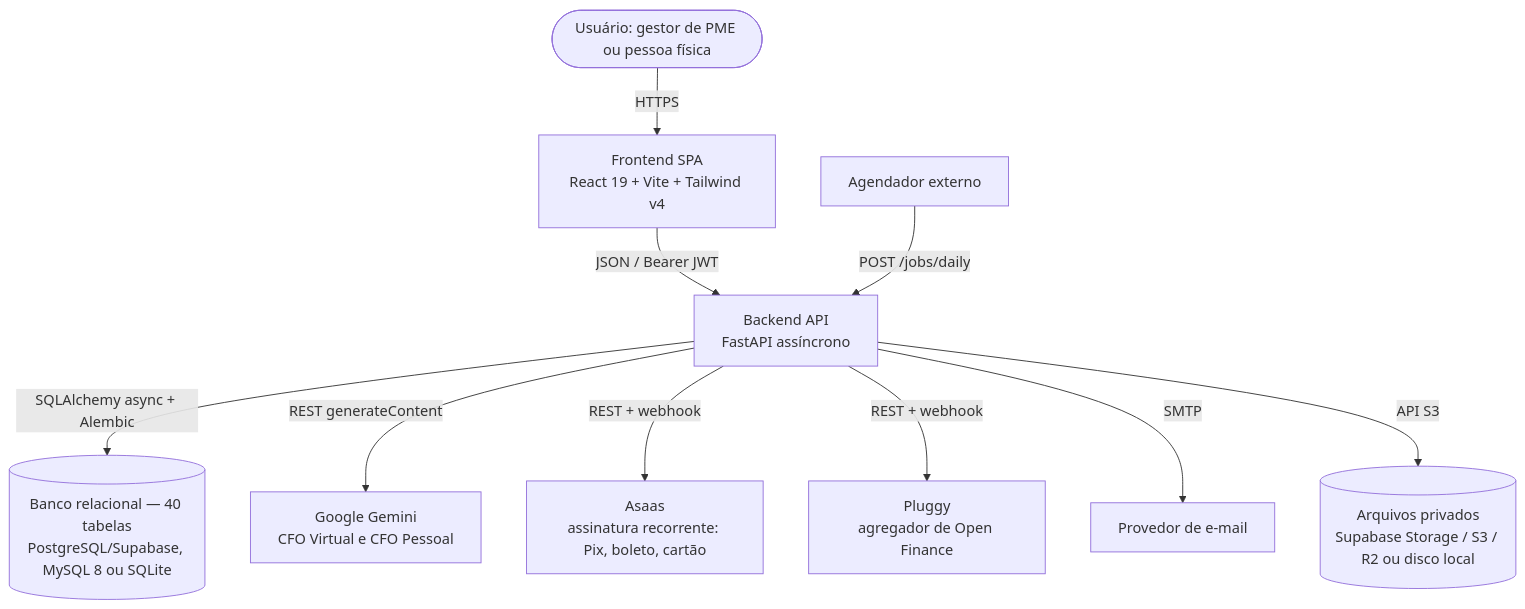
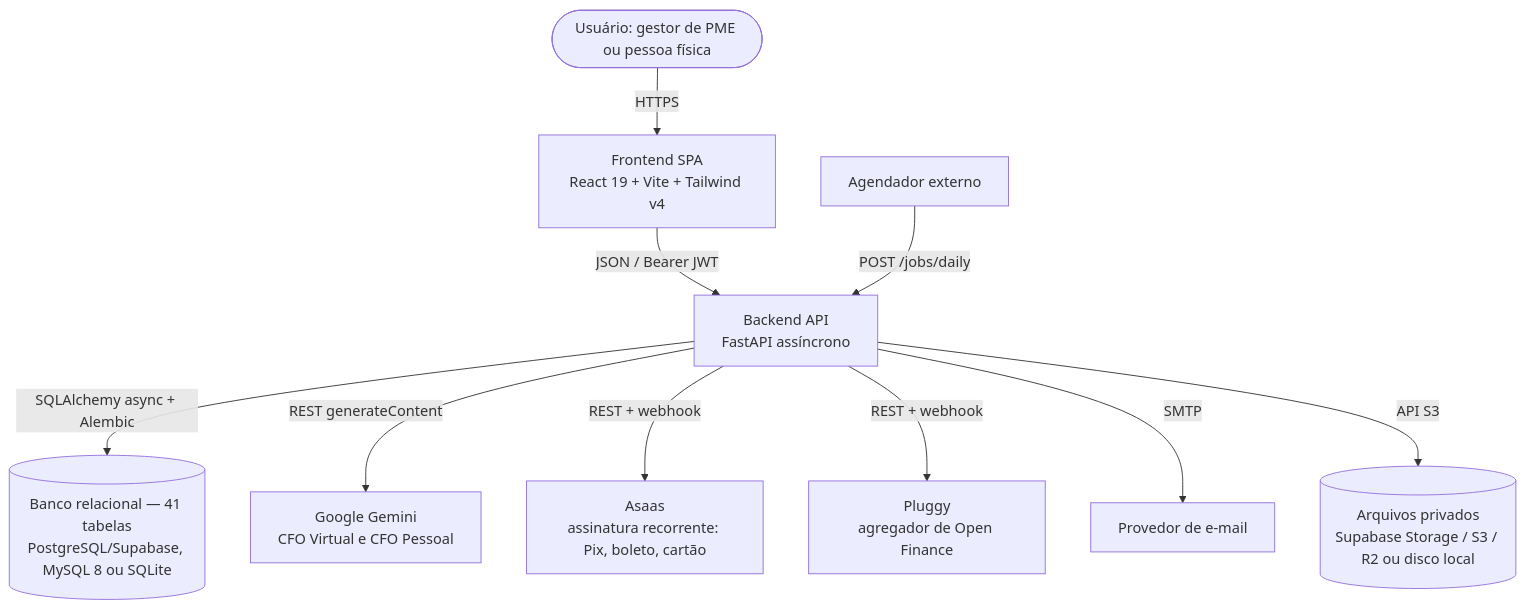
One commit to C-Bucher/Teste changed the first of 2 diagrams in docs/arquitetura.md. Above: the diagram before and after it, drawn with Mermaid. The commit also changed other lines of this file and 37 other files, not shown here.

````diff
--- a/docs/arquitetura.md
+++ b/docs/arquitetura.md
@@ -13,13 +13,13 @@
 ```mermaid
 graph TD
     User([Usuário: gestor de PME ou pessoa física]) -->|HTTPS| Frontend[Frontend SPA\nReact 19 + Vite + Tailwind v4]
     Frontend -->|JSON / Bearer JWT| Backend[Backend API\nFastAPI assíncrono]
 
-    Backend -->|SQLAlchemy async + Alembic| DB[(Banco relacional — 40 tabelas\nPostgreSQL/Supabase, MySQL 8 ou SQLite)]
+    Backend -->|SQLAlchemy async + Alembic| DB[(Banco relacional — 41 tabelas\nPostgreSQL/Supabase, MySQL 8 ou SQLite)]
     Backend -->|REST generateContent| Gemini[Google Gemini\nCFO Virtual e CFO Pessoal]
     Backend -->|REST + webhook| Asaas[Asaas\nassinatura recorrente: Pix, boleto, cartão]
     Backend -->|REST + webhook| Pluggy[Pluggy\nagregador de Open Finance]
     Backend -->|SMTP| Mail[Provedor de e-mail]
     Backend -->|API S3| Storage[(Arquivos privados\nSupabase Storage / S3 / R2 ou disco local)]
     Scheduler[Agendador externo] -->|POST /jobs/daily| Backend
 ```
````
